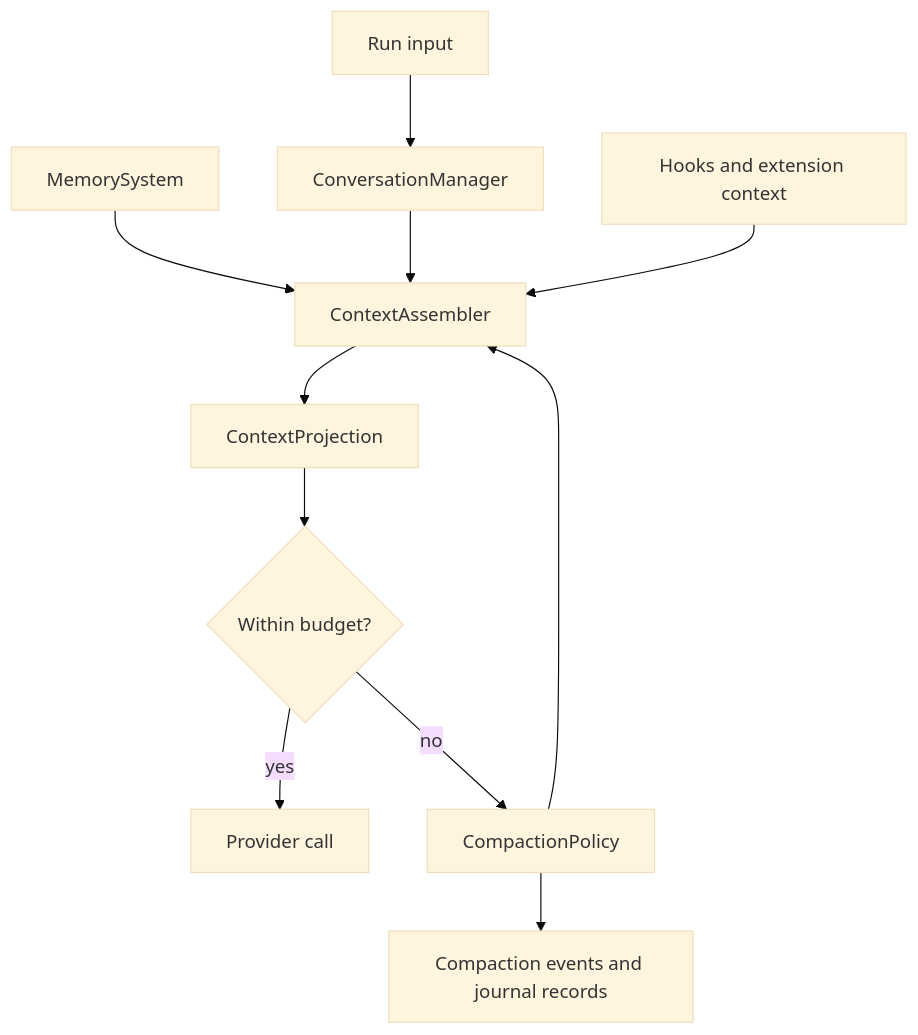
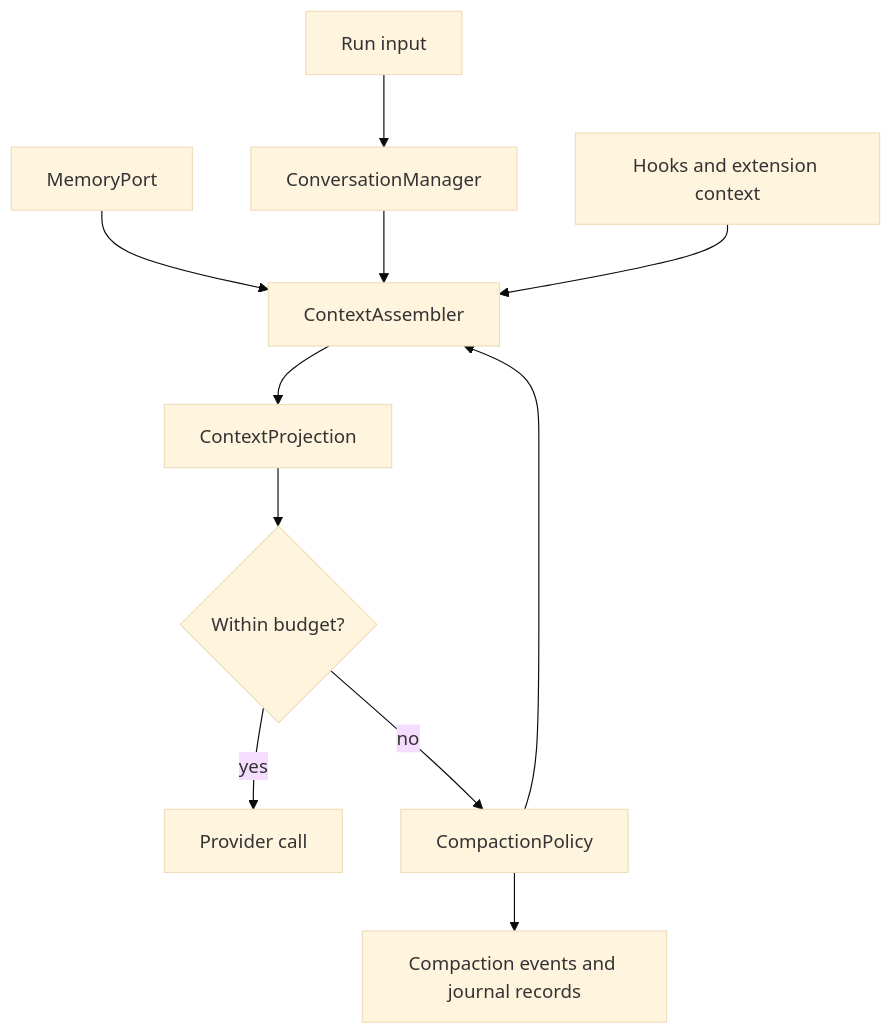
The sixth of 7 diagrams in docs/architecture/architecture-proposal.md (heyclawdia/clawdia_sdk), drawn with Mermaid (base theme) before and after one commit. The commit also changed other lines of this file and 66 other files, not shown here.

````diff
--- a/docs/architecture/architecture-proposal.md
+++ b/docs/architecture/architecture-proposal.md
@@ -618,13 +621,13 @@
 ```mermaid
 flowchart TD
   A["Run input"] --> B["ConversationManager"]
-  M["MemorySystem"] --> C["ContextAssembler"]
+  M["MemoryPort"] --> C["ContextAssembler"]
   B --> C
   H["Hooks and extension context"] --> C
   C --> D["ContextProjection"]
   D --> E{"Within budget?"}
   E -->|yes| F["Provider call"]
   E -->|no| G["CompactionPolicy"]
   G --> C
   G --> J["Compaction events and journal records"]
 ```
````
